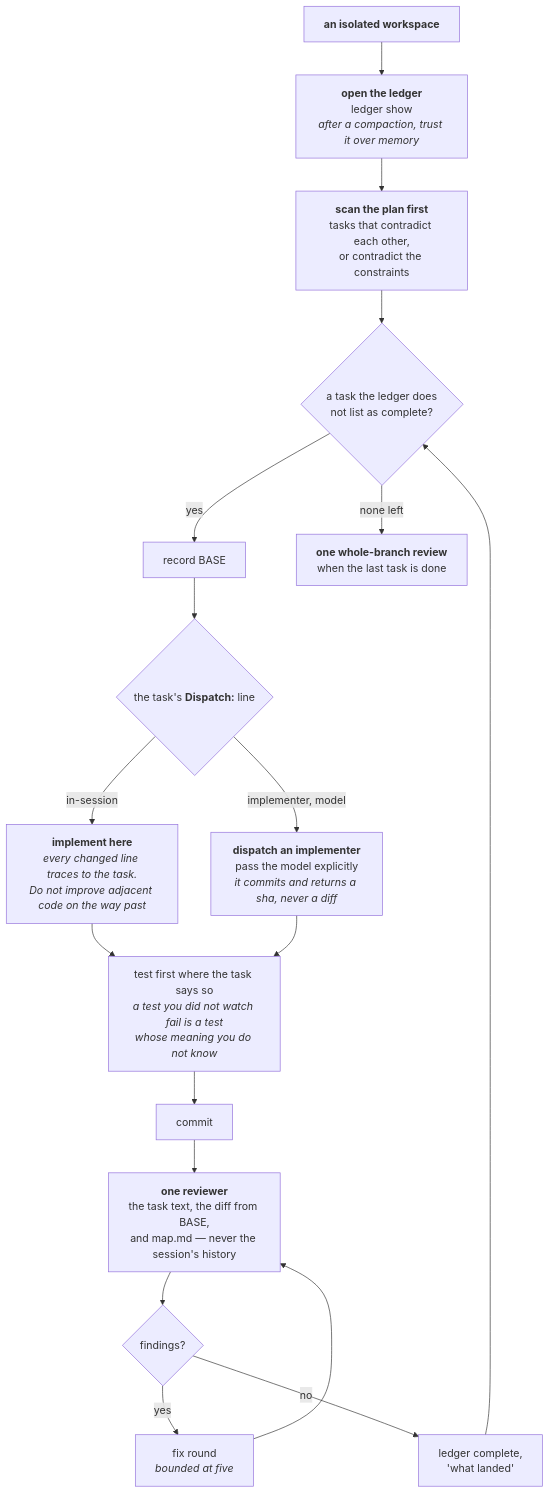
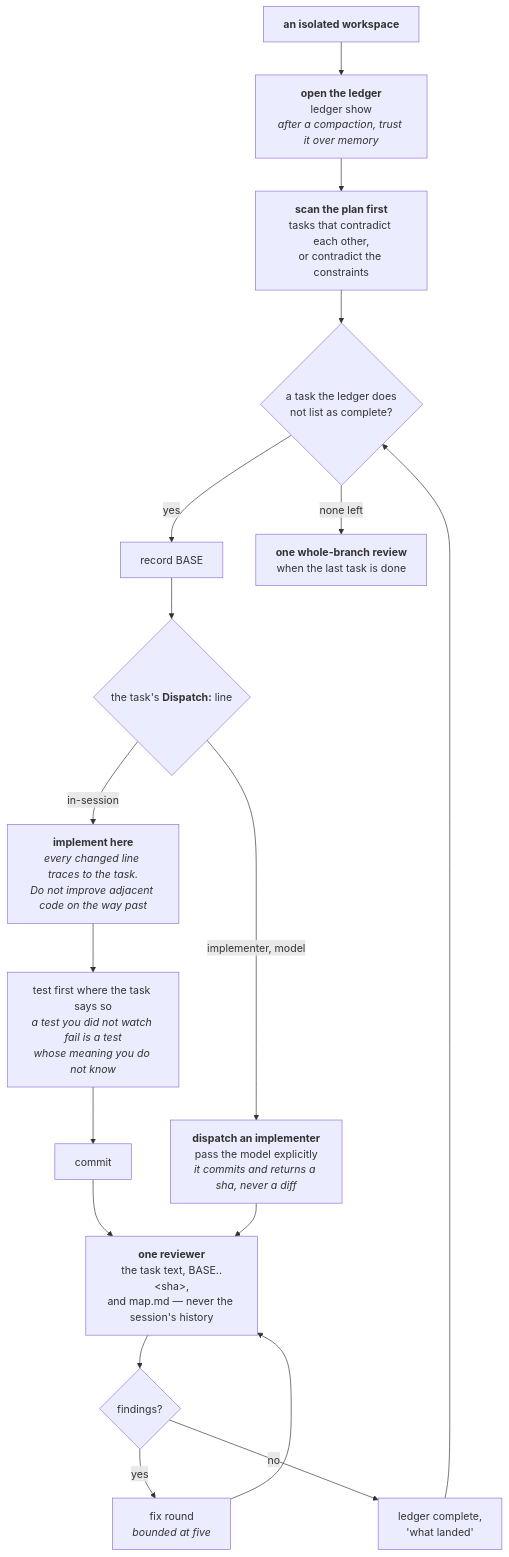
The fourth of 8 diagrams in docs/pipeline.md (FanFantom9452/FanKeel), drawn with Mermaid before and after one commit. The commit also changed 9 other files, not shown here.

````diff
--- a/docs/pipeline.md
+++ b/docs/pipeline.md
@@ -404,34 +404,34 @@
 ```mermaid
 flowchart TD
     S1["<b>an isolated workspace</b>"]
     S2["<b>open the ledger</b><br/>ledger show<br/><i>after a compaction, trust it over memory</i>"]
     S3["<b>scan the plan first</b><br/>tasks that contradict each other,<br/>or contradict the constraints"]
     L{"a task the ledger does<br/>not list as complete?"}
     T1["record BASE"]
     T2{"the task's <b>Dispatch:</b> line"}
     T2a["<b>implement here</b><br/><i>every changed line traces to the task.<br/>Do not improve adjacent code on the way past</i>"]
     T2b["<b>dispatch an implementer</b><br/>pass the model explicitly<br/><i>it commits and returns a sha, never a diff</i>"]
     T3["test first where the task says so<br/><i>a test you did not watch fail is a test<br/>whose meaning you do not know</i>"]
     T4["commit"]
-    T5["<b>one reviewer</b><br/>the task text, the diff from BASE,<br/>and map.md — never the session's history"]
+    T5["<b>one reviewer</b><br/>the task text, BASE..&lt;sha&gt;,<br/>and map.md — never the session's history"]
     T6{"findings?"}
     T7["fix round<br/><i>bounded at five</i>"]
     T8["ledger complete,<br/>'what landed'"]
     R["<b>one whole-branch review</b><br/>when the last task is done"]
 
     S1 --> S2 --> S3 --> L
     L -- yes --> T1
     T1 --> T2
     T2 -- "in-session" --> T2a
     T2 -- "implementer, model" --> T2b
     T2a --> T3
-    T2b --> T3
     T3 --> T4
     T4 --> T5
+    T2b --> T5
     T5 --> T6
     T6 -- yes --> T7
     T7 --> T5
     T6 -- no --> T8
     T8 --> L
     L -- "none left" --> R
 ```
````
